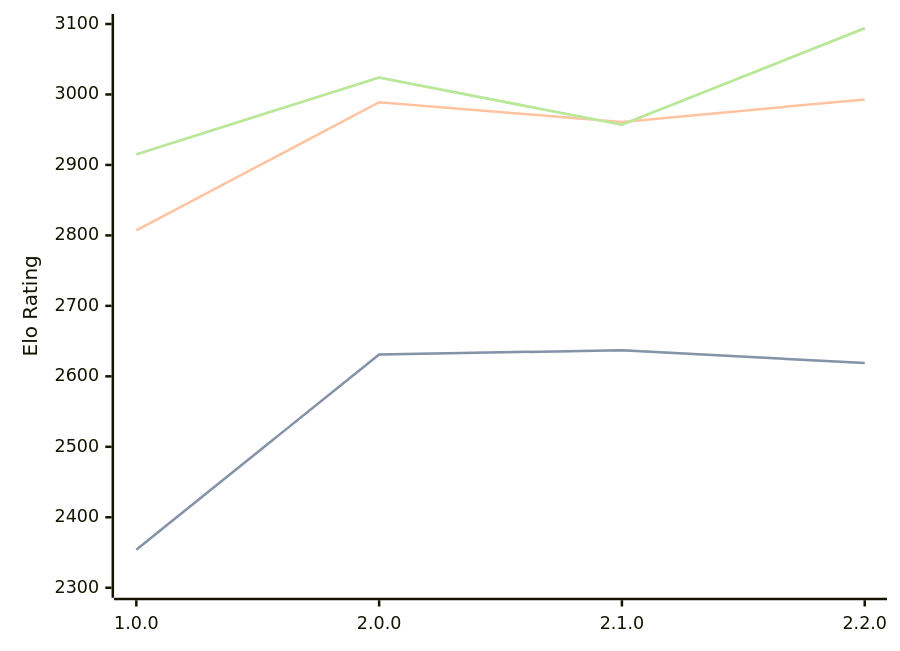
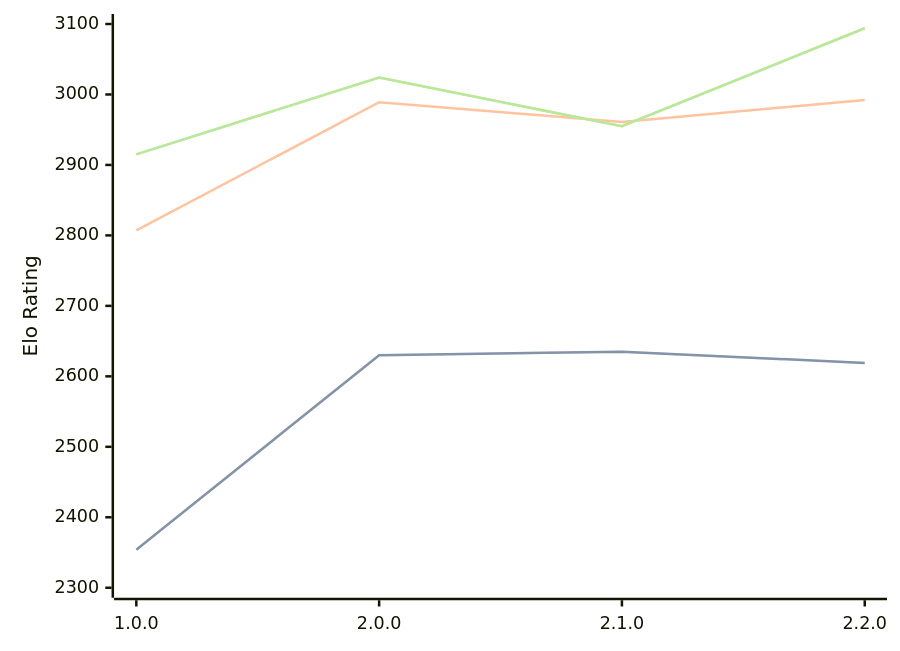
The diagram in engines/Catalyst.md (computer-chess-index/cci), drawn with Mermaid before and after one commit. The commit also changed other lines of this file, not shown here.

Commit message:
Update CCI Ratings (ELO VLTC) - 2026-04-21

````diff
--- a/engines/Catalyst.md
+++ b/engines/Catalyst.md
@@ -34,11 +34,11 @@
 ```mermaid
 %%{init: {"theme":"base","themeVariables":{"seriesColors:['#a3a3a3','#222221','#faa371']}}}%%
 xychart-beta
   x-axis ["1.0.0", "2.0.0", "2.1.0", "2.2.0"]
   y-axis "Elo Rating" 2300 --> 3100
-  line "STC (8.0+0.08s)" [2354, 2631, 2637, 2619]
-  line "STC (8.0+0.08s)" [2354, 2631, 2637, 2619]
-  line "LTC (60.0+0.60s)" [2807, 2989, 2961, 2993]
-  line "VLTC (2m24s+1.12s)" [2915, 3024, 2957, 3094]
-  line "VLTC (2m24s+1.12s)" [2915, 3024, 2957, 3094]
+  line "STC (8.0+0.08s)" [2354, 2630, 2635, 2619]
+  line "STC (8.0+0.08s)" [2354, 2630, 2635, 2619]
+  line "LTC (60.0+0.60s)" [2807, 2989, 2961, 2992]
+  line "VLTC (2m24s+1.12s)" [2915, 3024, 2955, 3094]
+  line "VLTC (2m24s+1.12s)" [2915, 3024, 2955, 3094]
 ```
````
